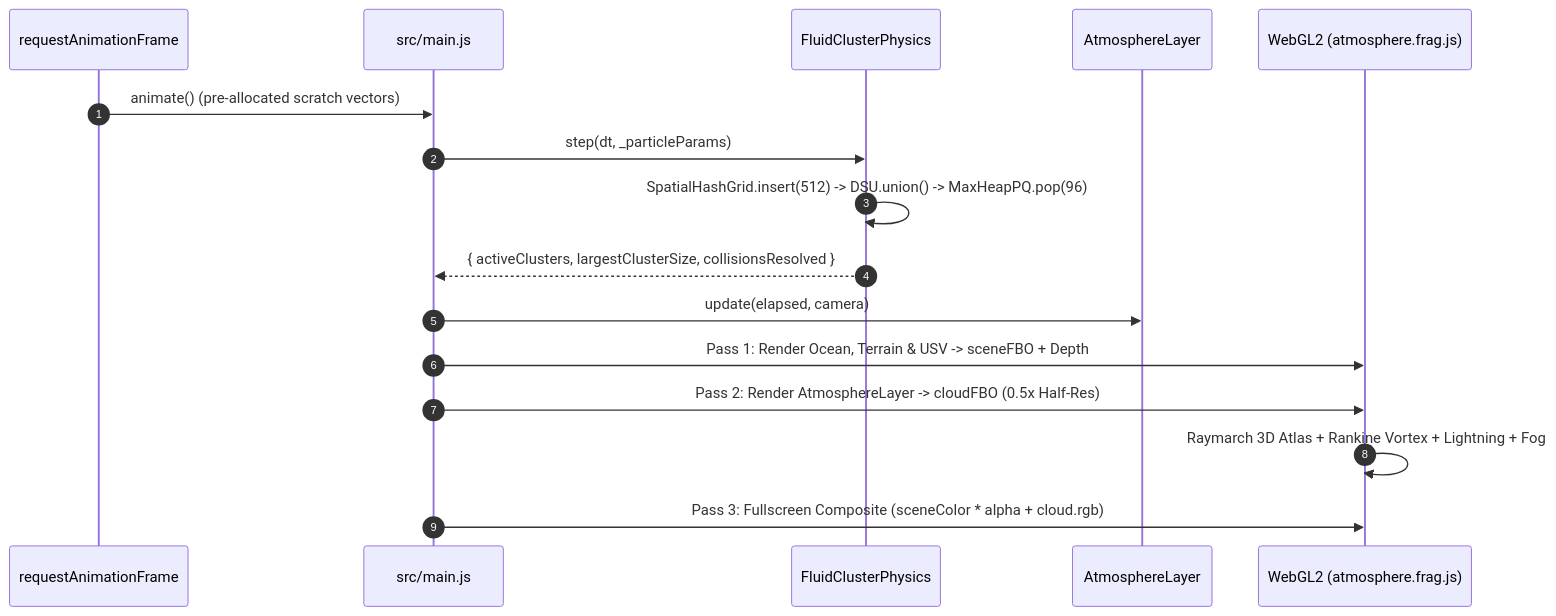
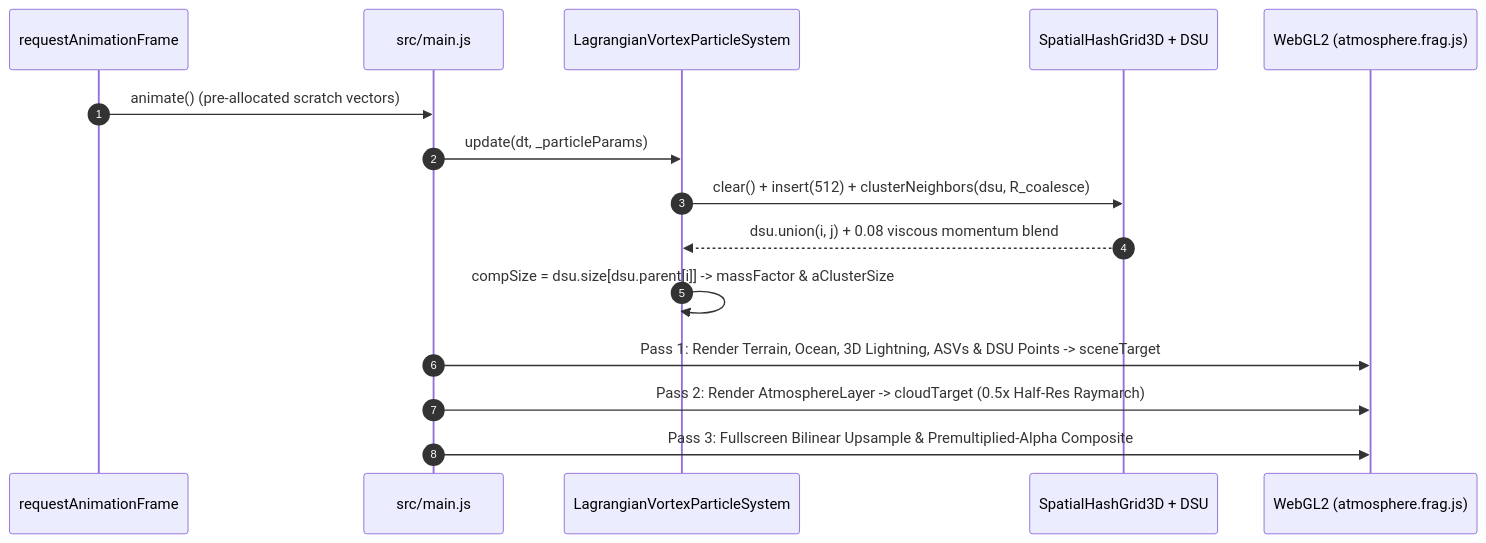
Before and after one commit to ssquinntran/atmosphere: the third of 3 diagrams in README.md, drawn with Mermaid. The commit also changed other lines of this file, not shown here.

Commit message:
Add SpatialHashGrid3D + Union-Find vs Priority Queue appendix and 10 video scenarios to README

````diff
--- a/README.md
+++ b/README.md
@@ -88,19 +84,18 @@
 ```mermaid
 sequenceDiagram
     autonumber
     participant RAF as requestAnimationFrame
     participant Main as src/main.js
-    participant Phys as FluidClusterPhysics
-    participant Layer as AtmosphereLayer
+    participant Phys as LagrangianVortexParticleSystem
+    participant Grid as SpatialHashGrid3D + DSU
     participant GPU as WebGL2 (atmosphere.frag.js)
 
     RAF->>Main: animate() (pre-allocated scratch vectors)
-    Main->>Phys: step(dt, _particleParams)
-    Phys->>Phys: SpatialHashGrid.insert(512) -> DSU.union() -> MaxHeapPQ.pop(96)
-    Phys-->>Main: { activeClusters, largestClusterSize, collisionsResolved }
-    Main->>Layer: update(elapsed, camera)
-    Main->>GPU: Pass 1: Render Ocean, Terrain & USV -> sceneFBO + Depth
-    Main->>GPU: Pass 2: Render AtmosphereLayer -> cloudFBO (0.5x Half-Res)
-    GPU->>GPU: Raymarch 3D Atlas + Rankine Vortex + Lightning + Fog
-    Main->>GPU: Pass 3: Fullscreen Composite (sceneColor * alpha + cloud.rgb)
+    Main->>Phys: update(dt, _particleParams)
+    Phys->>Grid: clear() + insert(512) + clusterNeighbors(dsu, R_coalesce)
+    Grid-->>Phys: dsu.union(i, j) + 0.08 viscous momentum blend
+    Phys->>Phys: compSize = dsu.size[dsu.parent[i]] -> massFactor & aClusterSize
+    Main->>GPU: Pass 1: Render Terrain, Ocean, 3D Lightning, ASVs & DSU Points -> sceneTarget
+    Main->>GPU: Pass 2: Render AtmosphereLayer -> cloudTarget (0.5x Half-Res Raymarch)
+    Main->>GPU: Pass 3: Fullscreen Bilinear Upsample & Premultiplied-Alpha Composite
 ```
````
